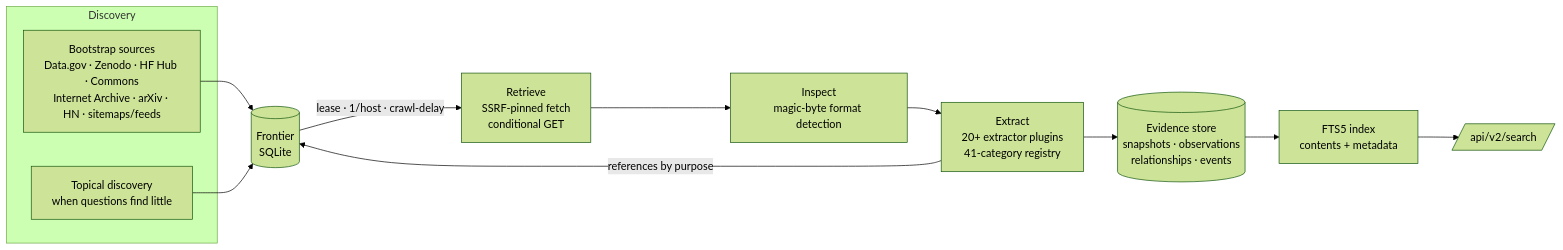
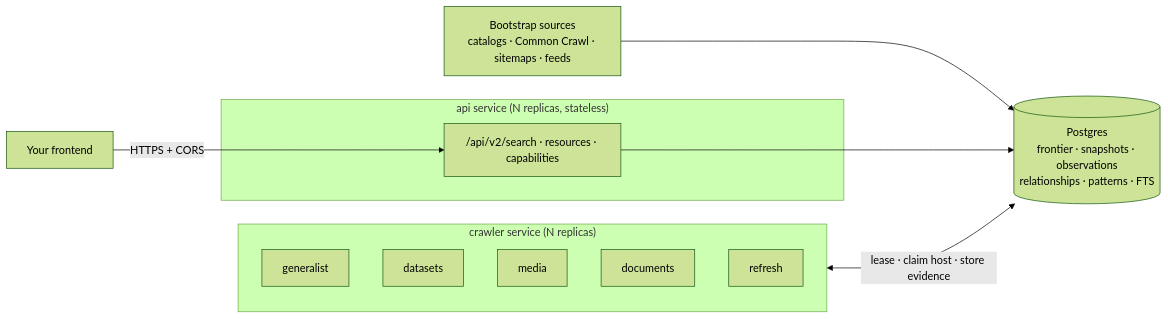
Before and after one commit to shep95/web-crawlers: the diagram in README.md, drawn with Mermaid (forest theme). The commit also changed other lines of this file and 44 other files, not shown here.

````diff
--- a/README.md
+++ b/README.md
@@ -43,16 +56,13 @@
 ```mermaid
 flowchart LR
-  subgraph Discovery
-    B[Bootstrap sources<br/>Data.gov · Zenodo · HF Hub · Commons<br/>Internet Archive · arXiv · HN · sitemaps/feeds]
-    T[Topical discovery<br/>when questions find little]
+  subgraph crawler["crawler service (N replicas)"]
+    G[generalist] & D[datasets] & M[media] & DOC[documents] & R[refresh]
   end
-  B --> F[(Frontier<br/>SQLite)]
-  T --> F
-  F -->|lease · 1/host · crawl-delay| R[Retrieve<br/>SSRF-pinned fetch<br/>conditional GET]
-  R --> I[Inspect<br/>magic-byte format detection]
-  I --> X[Extract<br/>20+ extractor plugins<br/>41-category registry]
-  X --> E[(Evidence store<br/>snapshots · observations<br/>relationships · events)]
-  E --> S[FTS5 index<br/>contents + metadata]
-  X -->|references by purpose| F
-  S --> Q[/api/v2/search/]
+  subgraph api["api service (N replicas, stateless)"]
+    S["/api/v2/search · resources · capabilities"]
+  end
+  B[Bootstrap sources<br/>catalogs · Common Crawl · sitemaps · feeds] --> PG
+  crawler <-->|lease · claim host · store evidence| PG[(Postgres<br/>frontier · snapshots · observations<br/>relationships · patterns · FTS)]
+  S --> PG
+  FE[Your frontend] -->|HTTPS + CORS| S
 ```
````
